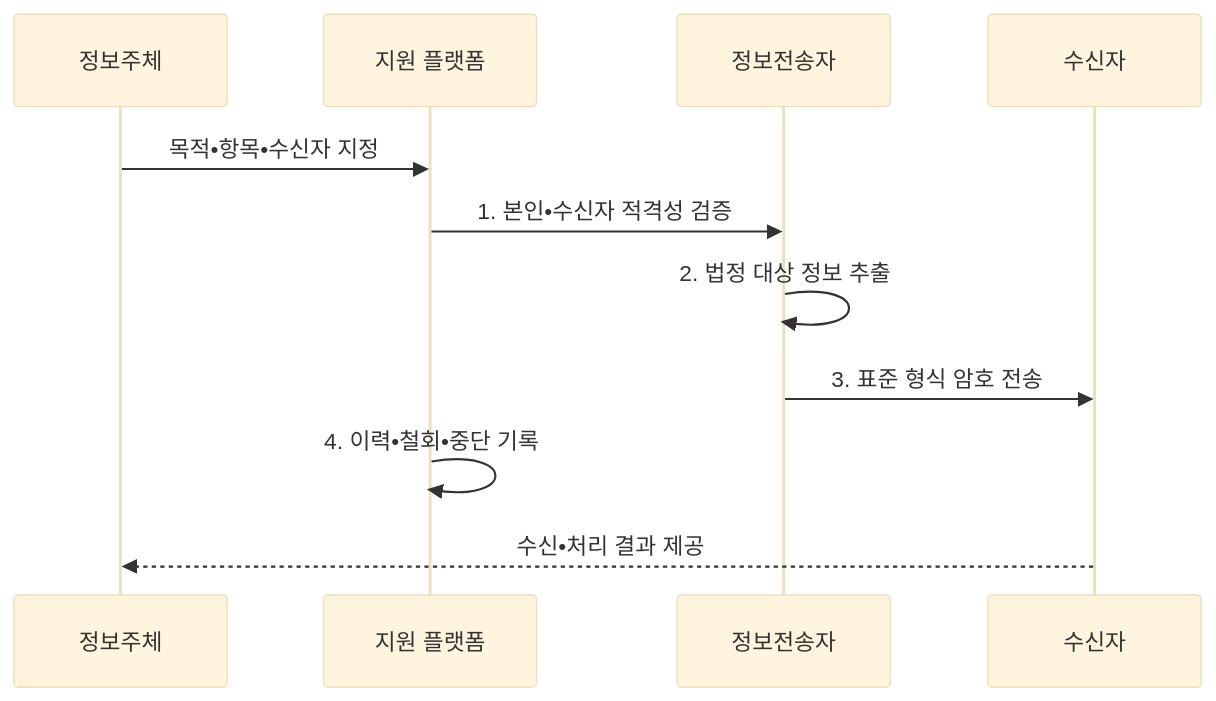
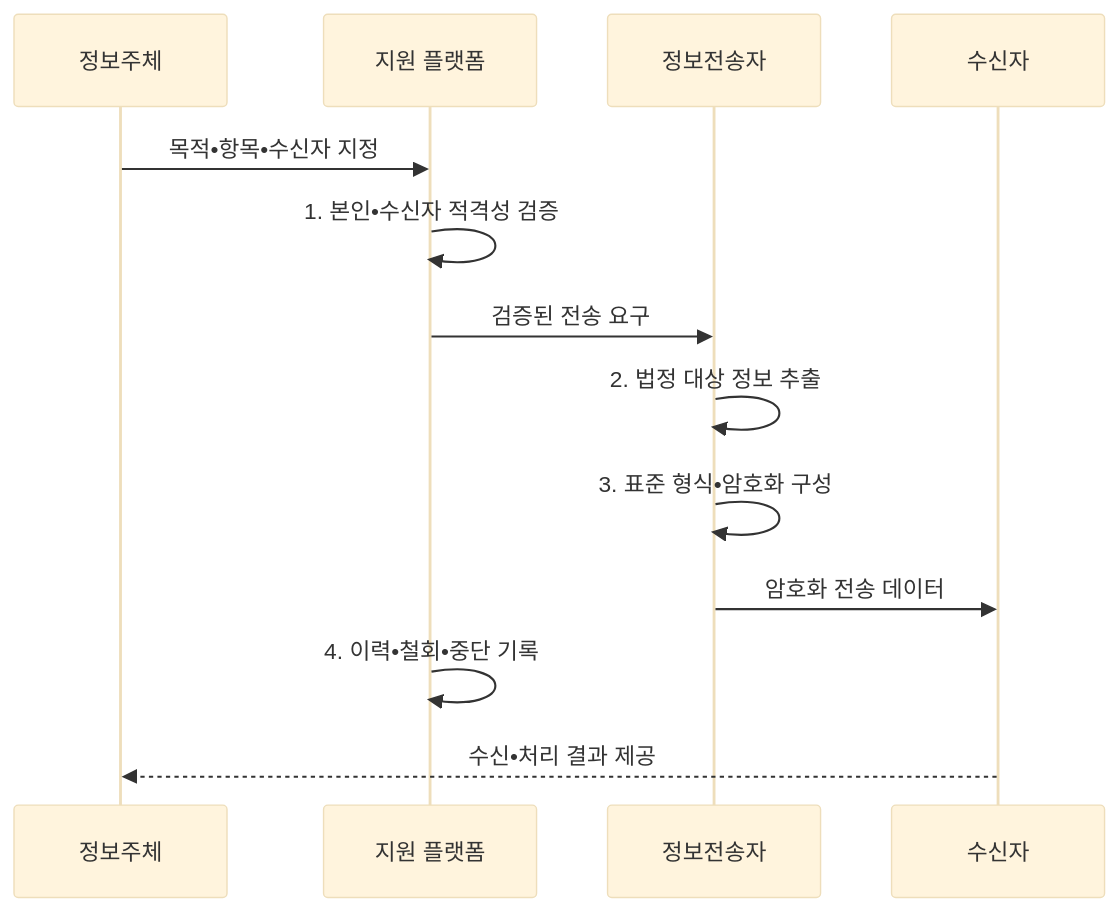
One commit to agnusdei1207/knowledge-base changed the second of 2 diagrams in src/content/docs/notes/05-security/096_data_portability_mydata.md. Above: the diagram before and after it, drawn with Mermaid (base theme). The commit also changed other lines of this file and 14 other files, not shown here.

````diff
--- a/src/content/docs/notes/05-security/096_data_portability_mydata.md
+++ b/src/content/docs/notes/05-security/096_data_portability_mydata.md
@@ -106,13 +106,15 @@
 ```mermaid
 sequenceDiagram
     participant U as 정보주체
     participant P as 지원 플랫폼
     participant H as 정보전송자
     participant R as 수신자
     U->>P: 목적•항목•수신자 지정
-    P->>H: 1. 본인•수신자 적격성 검증
+    P->>P: 1. 본인•수신자 적격성 검증
+    P->>H: 검증된 전송 요구
     H->>H: 2. 법정 대상 정보 추출
-    H->>R: 3. 표준 형식 암호 전송
+    H->>H: 3. 표준 형식•암호화 구성
+    H->>R: 암호화 전송 데이터
     P->>P: 4. 이력•철회•중단 기록
     R-->>U: 수신•처리 결과 제공
 ```
````
